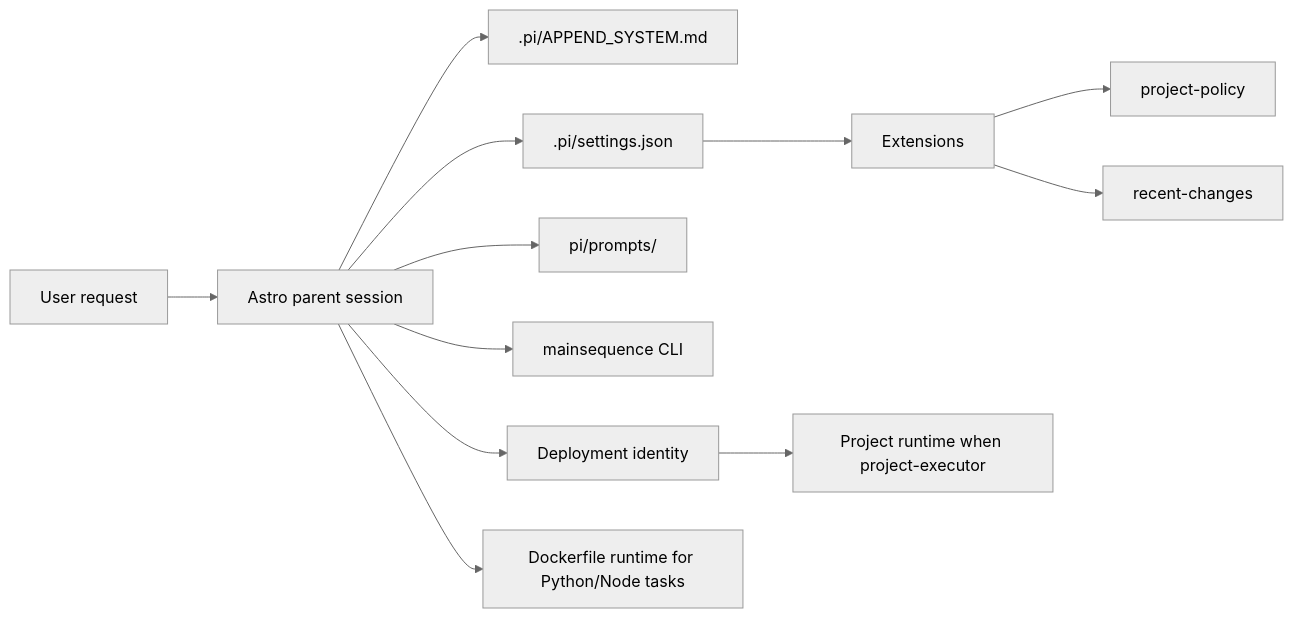
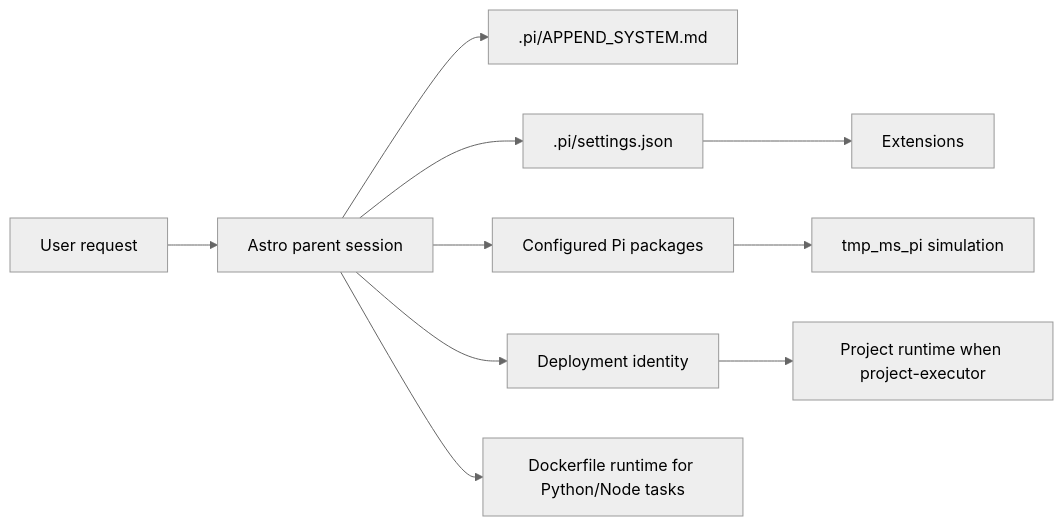
One commit to mainsequence-sdk/ms-tau-sdk changed the diagram in docs/README.md. Above: the diagram before and after it, drawn with Mermaid (neutral theme). The commit also changed other lines of this file and 94 other files, not shown here.

Commit message:
Separate Main Sequence Pi package boundary

````diff
--- a/docs/README.md
+++ b/docs/README.md
@@ -25,18 +25,15 @@
 ```mermaid
 flowchart LR
     U["User request"] --> P["Astro parent session"]
     P --> SYS[".pi/APPEND_SYSTEM.md"]
     P --> SET[".pi/settings.json"]
     SET --> EXT["Extensions"]
 
-    EXT --> PP["project-policy"]
-    EXT --> RC["recent-changes"]
-
-    P --> PROMPTS["pi/prompts/"]
-    P --> CLI["mainsequence CLI"]
+    P --> PKG["Configured Pi packages"]
+    PKG --> MSPI["tmp_ms_pi simulation"]
 
     P --> IDENTITY["Deployment identity"]
     IDENTITY --> TARGET["Project runtime when project-executor"]
 
     P --> DOCKER["Dockerfile runtime for Python/Node tasks"]
 ```
````
